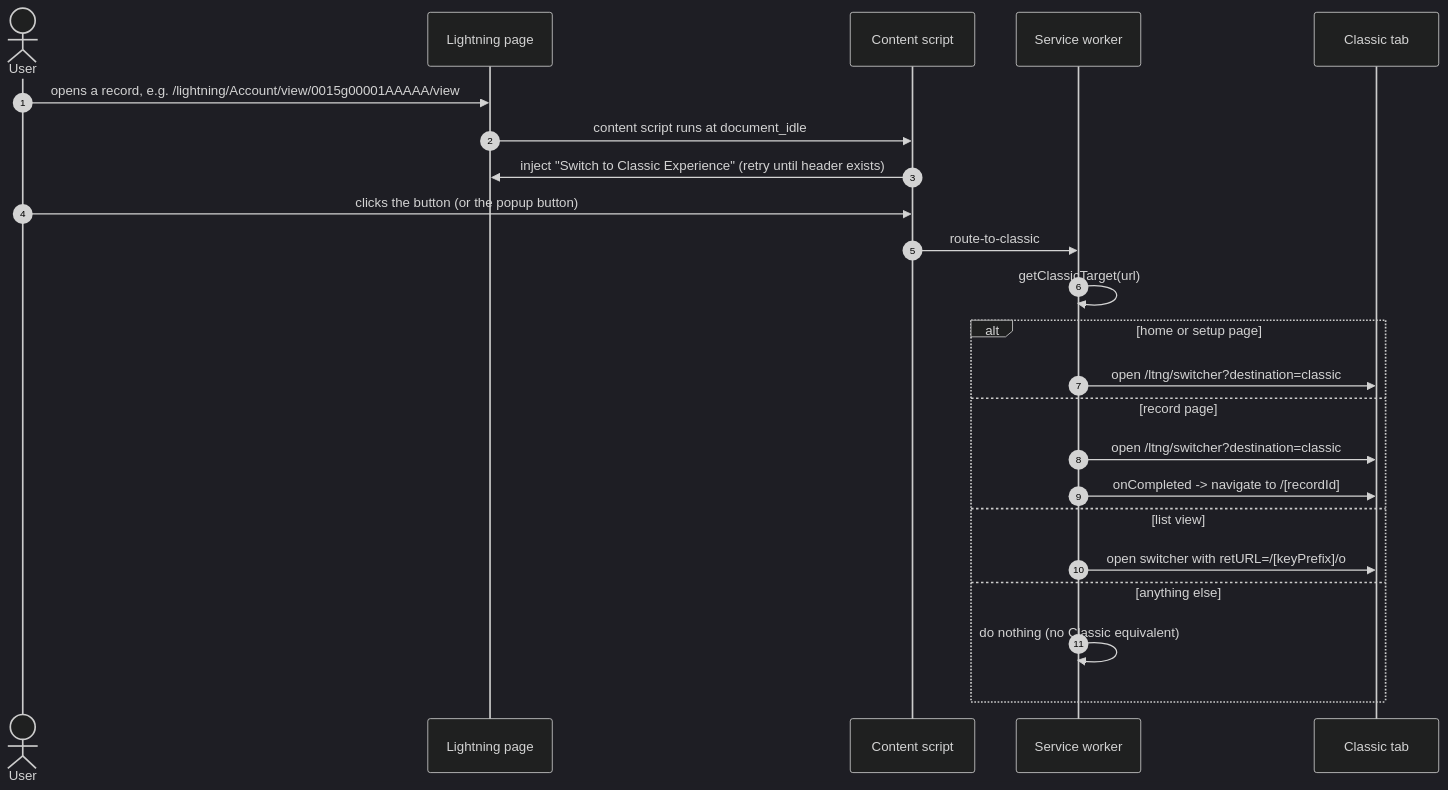
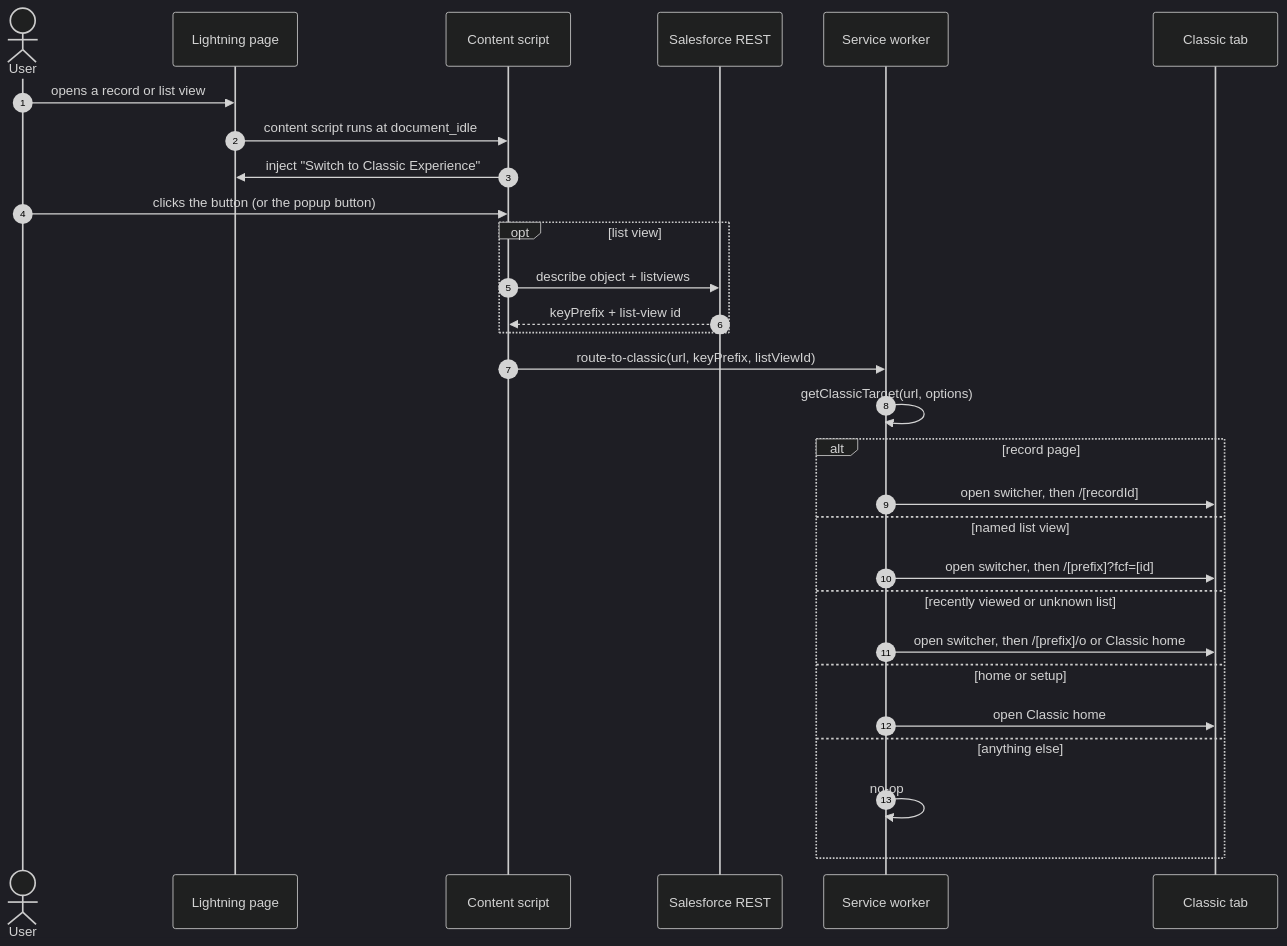
The second of 3 diagrams in docs/architecture.md (selegic/switch-to-classic), drawn with Mermaid (dark theme) before and after one commit. The commit also changed other lines of this file and 25 other files, not shown here.

First line of the commit message:
feat: exact list views, popup status, options, and UI refresh (#20)

````diff
--- a/docs/architecture.md
+++ b/docs/architecture.md
@@ -93,27 +121,33 @@
 ```mermaid
 sequenceDiagram
     autonumber
     actor User
     participant Page as Lightning page
     participant CS as Content script
+    participant API as Salesforce REST
     participant SW as Service worker
     participant Classic as Classic tab
 
-    User->>Page: opens a record, e.g. /lightning/Account/view/0015g00001AAAAA/view
+    User->>Page: opens a record or list view
     Page->>CS: content script runs at document_idle
-    CS->>Page: inject "Switch to Classic Experience" (retry until header exists)
+    CS->>Page: inject "Switch to Classic Experience"
 
     User->>CS: clicks the button (or the popup button)
-    CS->>SW: route-to-classic
-    SW->>SW: getClassicTarget(url)
-    alt home or setup page
-        SW->>Classic: open /ltng/switcher?destination=classic
-    else record page
-        SW->>Classic: open /ltng/switcher?destination=classic
-        SW->>Classic: onCompleted -> navigate to /[recordId]
-    else list view
-        SW->>Classic: open switcher with retURL=/[keyPrefix]/o
+    opt list view
+        CS->>API: describe object + listviews
+        API-->>CS: keyPrefix + list-view id
+    end
+    CS->>SW: route-to-classic(url, keyPrefix, listViewId)
+    SW->>SW: getClassicTarget(url, options)
+    alt record page
+        SW->>Classic: open switcher, then /[recordId]
+    else named list view
+        SW->>Classic: open switcher, then /[prefix]?fcf=[id]
+    else recently viewed or unknown list
+        SW->>Classic: open switcher, then /[prefix]/o or Classic home
+    else home or setup
+        SW->>Classic: open Classic home
     else anything else
-        SW->>SW: do nothing (no Classic equivalent)
+        SW->>SW: no-op
     end
 ```
````
